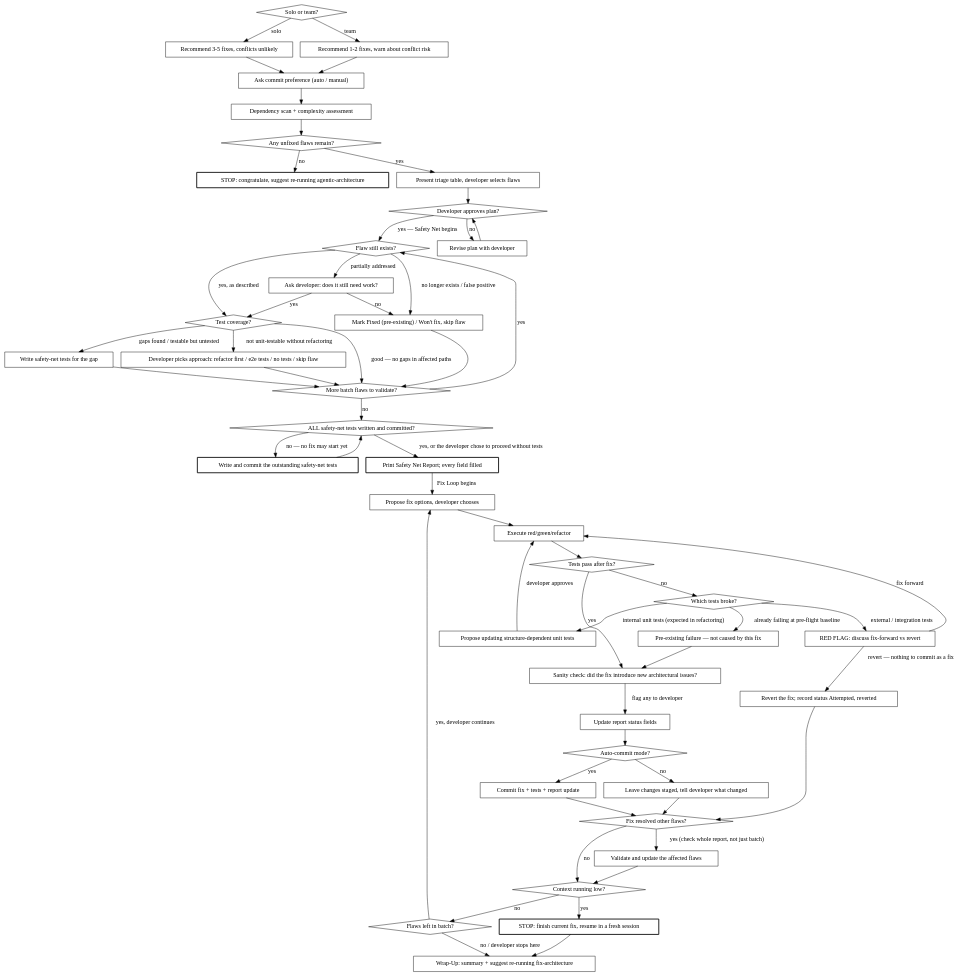
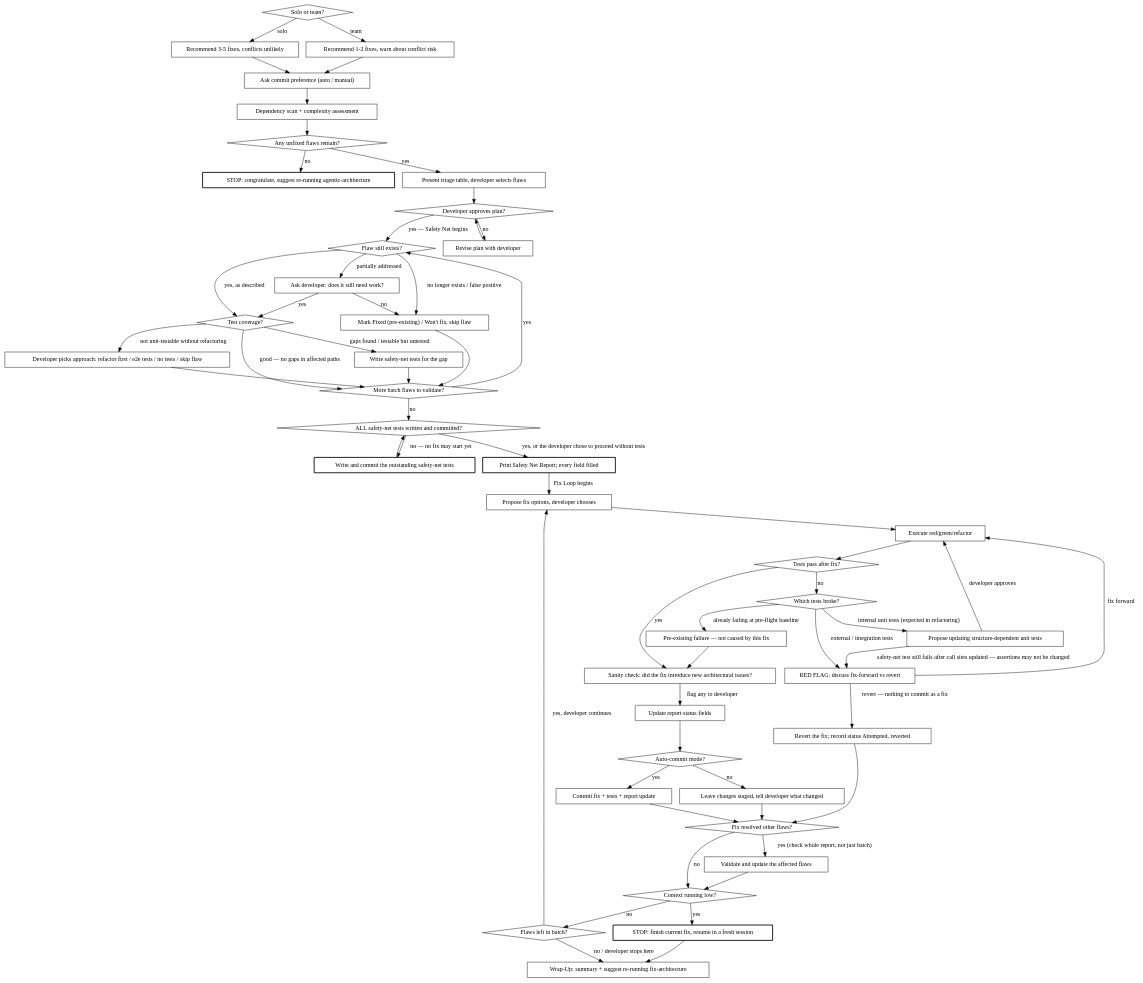
Before and after one commit to Ovid/paad: the second of 2 diagrams in plugins/paad/skills/fix-architecture/SKILL.md, drawn with Graphviz. The commit also changed other lines of this file and 1 other file, not shown here.

```diff
--- a/plugins/paad/skills/fix-architecture/SKILL.md
+++ b/plugins/paad/skills/fix-architecture/SKILL.md
@@ -149,6 +149,7 @@
   "Which tests broke?" -> "RED FLAG: discuss fix-forward vs revert" [label="external / integration tests"];
   "Pre-existing failure — not caused by this fix" -> "Sanity check: did the fix introduce new architectural issues?";
   "Propose updating structure-dependent unit tests" -> "Execute red/green/refactor" [label="developer approves"];
+  "Propose updating structure-dependent unit tests" -> "RED FLAG: discuss fix-forward vs revert" [label="safety-net test still fails after call sites updated — assertions may not be changed"];
   "RED FLAG: discuss fix-forward vs revert" -> "Execute red/green/refactor" [label="fix forward"];
   "RED FLAG: discuss fix-forward vs revert" -> "Revert the fix; record status Attempted, reverted" [label="revert — nothing to commit as a fix"];
   "Revert the fix; record status Attempted, reverted" -> "Fix resolved other flaws?";
```
